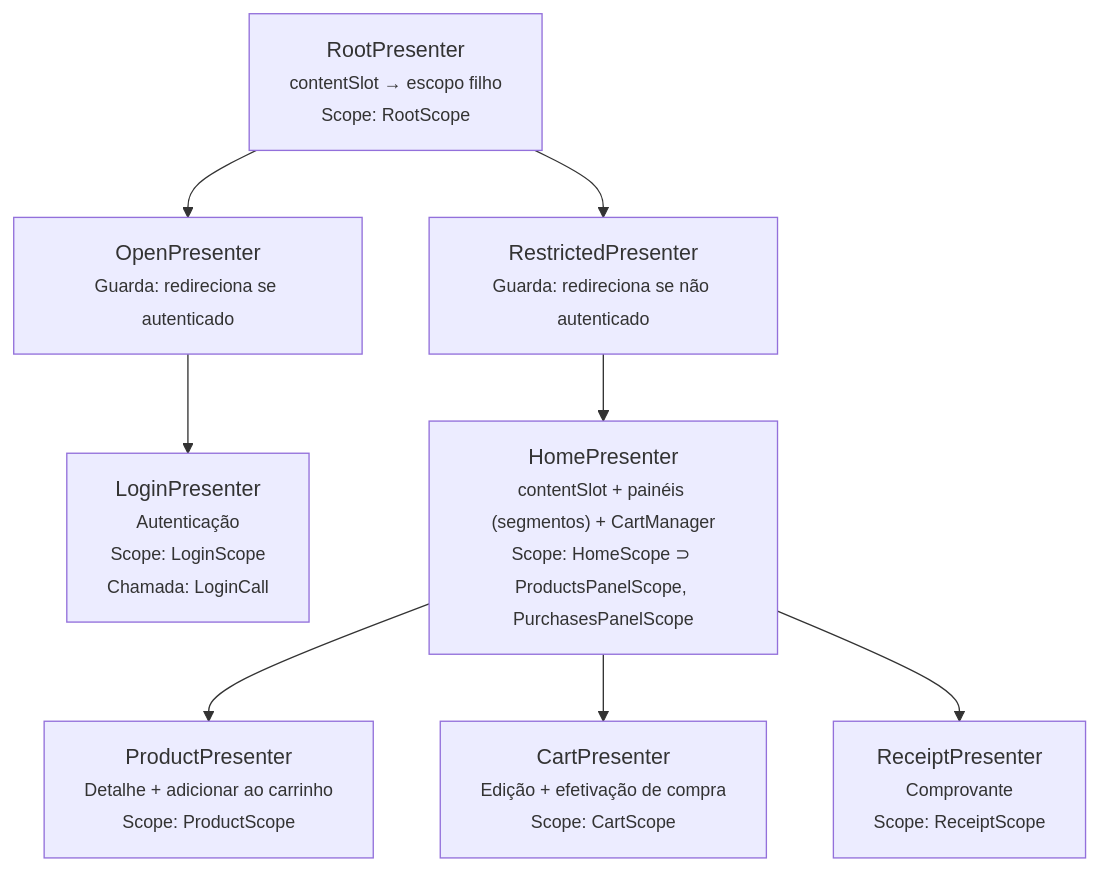
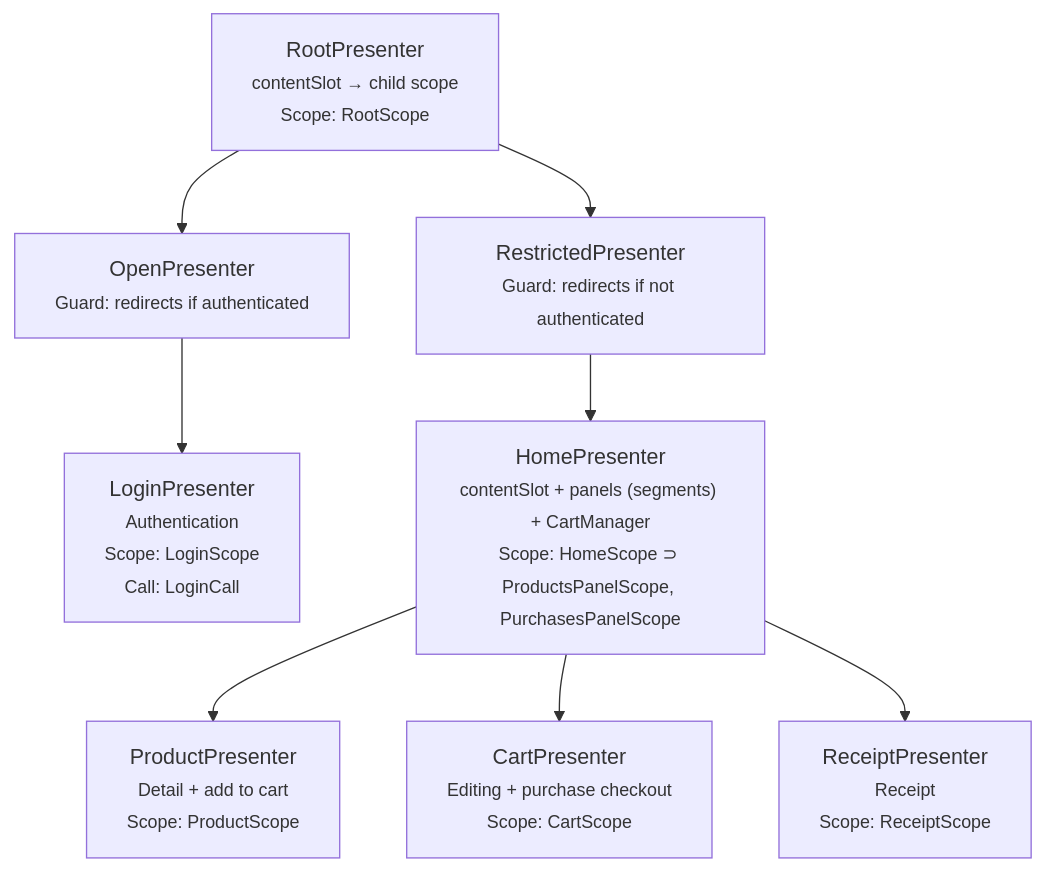
The third of 4 diagrams in fontes/br.com.wdc.shopping/br.com.wdc.shopping.presentation/README.md (mrcdom/wdc-cube-java-v2), drawn with Mermaid before and after one commit. The commit also changed other lines of this file and 69 other files, not shown here.

````diff
--- a/fontes/br.com.wdc.shopping/br.com.wdc.shopping.presentation/README.md
+++ b/fontes/br.com.wdc.shopping/br.com.wdc.shopping.presentation/README.md
@@ -102,15 +106,15 @@
 ```mermaid
 graph TD
-    RootP["RootPresenter<br/><small>contentSlot → escopo filho<br/>Scope: RootScope</small>"]
+    RootP["RootPresenter<br/><small>contentSlot → child scope<br/>Scope: RootScope</small>"]
 
-    RootP --> OpenP["OpenPresenter<br/><small>Guarda: redireciona se autenticado</small>"]
-    RootP --> RestrictedP["RestrictedPresenter<br/><small>Guarda: redireciona se não autenticado</small>"]
+    RootP --> OpenP["OpenPresenter<br/><small>Guard: redirects if authenticated</small>"]
+    RootP --> RestrictedP["RestrictedPresenter<br/><small>Guard: redirects if not authenticated</small>"]
 
-    OpenP --> LoginP["LoginPresenter<br/><small>Autenticação<br/>Scope: LoginScope<br/>Chamada: LoginCall</small>"]
+    OpenP --> LoginP["LoginPresenter<br/><small>Authentication<br/>Scope: LoginScope<br/>Call: LoginCall</small>"]
 
-    RestrictedP --> HomeP["HomePresenter<br/><small>contentSlot + painéis (segmentos) + CartManager<br/>Scope: HomeScope ⊃ ProductsPanelScope, PurchasesPanelScope</small>"]
+    RestrictedP --> HomeP["HomePresenter<br/><small>contentSlot + panels (segments) + CartManager<br/>Scope: HomeScope ⊃ ProductsPanelScope, PurchasesPanelScope</small>"]
 
-    HomeP --> ProductP["ProductPresenter<br/><small>Detalhe + adicionar ao carrinho<br/>Scope: ProductScope</small>"]
-    HomeP --> CartP["CartPresenter<br/><small>Edição + efetivação de compra<br/>Scope: CartScope</small>"]
-    HomeP --> ReceiptP["ReceiptPresenter<br/><small>Comprovante<br/>Scope: ReceiptScope</small>"]
+    HomeP --> ProductP["ProductPresenter<br/><small>Detail + add to cart<br/>Scope: ProductScope</small>"]
+    HomeP --> CartP["CartPresenter<br/><small>Editing + purchase checkout<br/>Scope: CartScope</small>"]
+    HomeP --> ReceiptP["ReceiptPresenter<br/><small>Receipt<br/>Scope: ReceiptScope</small>"]
 ```
````
